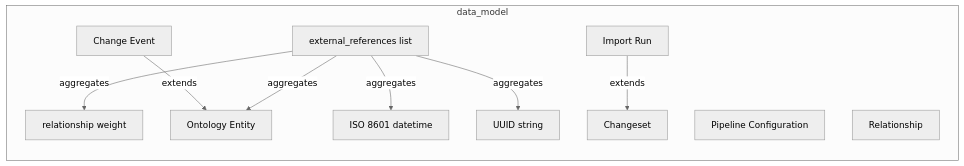
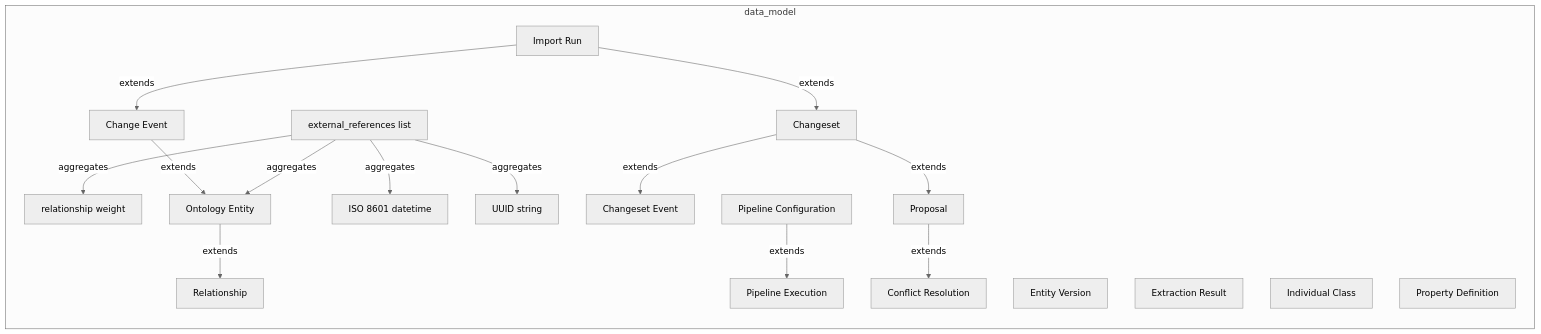
The first of 2 diagrams in documentation-robotics/reports/07-data-model-layer-report.md (tinkermonkey/context-studio), drawn with Mermaid (neutral theme) before and after one commit. The commit also changed other lines of this file and 37 other files, not shown here.

````diff
--- a/documentation-robotics/reports/07-data-model-layer-report.md
+++ b/documentation-robotics/reports/07-data-model-layer-report.md
@@ -29,21 +29,35 @@
 ```mermaid
 flowchart LR
   subgraph data_model
     data_model_arrayschema_external_references_list["external_references list"]
     data_model_numericschema_relationship_weight["relationship weight"]
     data_model_objectschema_change_event["Change Event"]
     data_model_objectschema_changeset["Changeset"]
+    data_model_objectschema_changeset_event["Changeset Event"]
+    data_model_objectschema_conflict_resolution["Conflict Resolution"]
+    data_model_objectschema_entity_version["Entity Version"]
+    data_model_objectschema_extraction_result["Extraction Result"]
     data_model_objectschema_import_run["Import Run"]
+    data_model_objectschema_individual_class["Individual Class"]
     data_model_objectschema_ontology_entity["Ontology Entity"]
     data_model_objectschema_pipeline_configuration["Pipeline Configuration"]
+    data_model_objectschema_pipeline_execution["Pipeline Execution"]
+    data_model_objectschema_property_definition["Property Definition"]
+    data_model_objectschema_proposal["Proposal"]
     data_model_objectschema_relationship["Relationship"]
     data_model_stringschema_iso_8601_datetime["ISO 8601 datetime"]
     data_model_stringschema_uuid_string["UUID string"]
     data_model_arrayschema_external_references_list -->|aggregates| data_model_numericschema_relationship_weight
     data_model_arrayschema_external_references_list -->|aggregates| data_model_objectschema_ontology_entity
     data_model_arrayschema_external_references_list -->|aggregates| data_model_stringschema_iso_8601_datetime
     data_model_arrayschema_external_references_list -->|aggregates| data_model_stringschema_uuid_string
     data_model_objectschema_change_event -->|extends| data_model_objectschema_ontology_entity
+    data_model_objectschema_changeset -->|extends| data_model_objectschema_changeset_event
+    data_model_objectschema_changeset -->|extends| data_model_objectschema_proposal
+    data_model_objectschema_import_run -->|extends| data_model_objectschema_change_event
     data_model_objectschema_import_run -->|extends| data_model_objectschema_changeset
+    data_model_objectschema_ontology_entity -->|extends| data_model_objectschema_relationship
+    data_model_objectschema_pipeline_configuration -->|extends| data_model_objectschema_pipeline_execution
+    data_model_objectschema_proposal -->|extends| data_model_objectschema_conflict_resolution
   end
 ```
````
